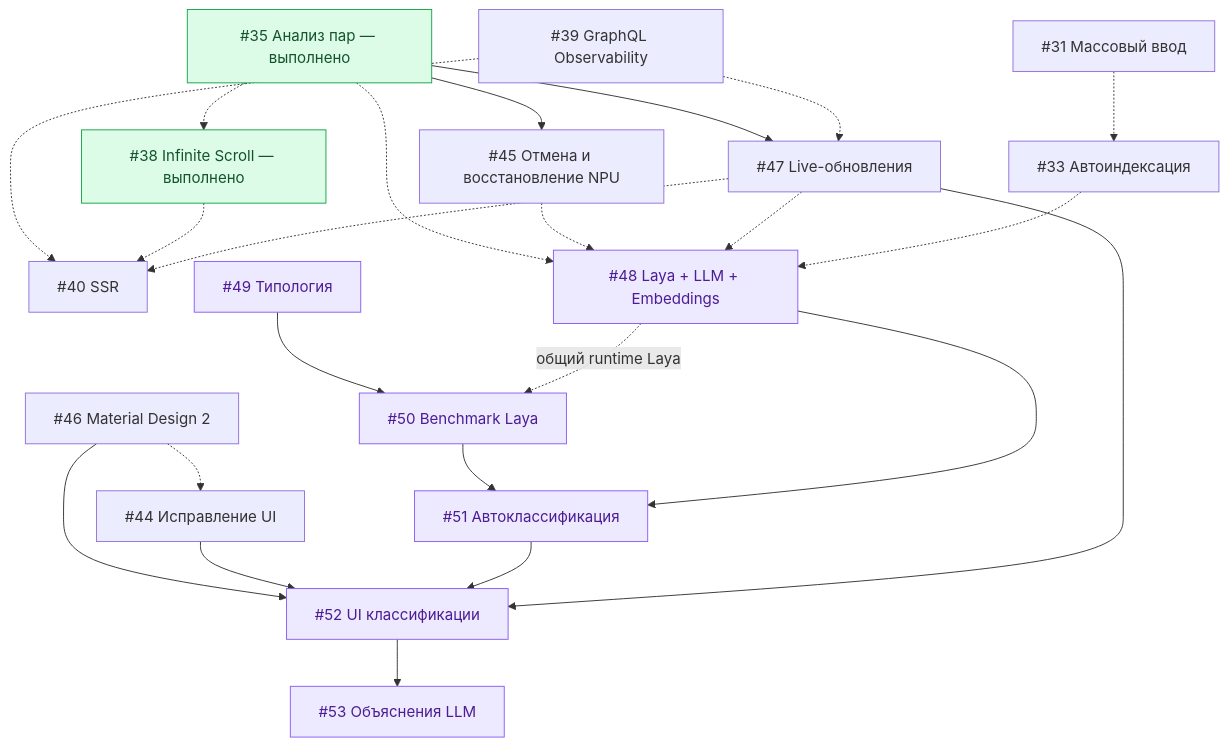
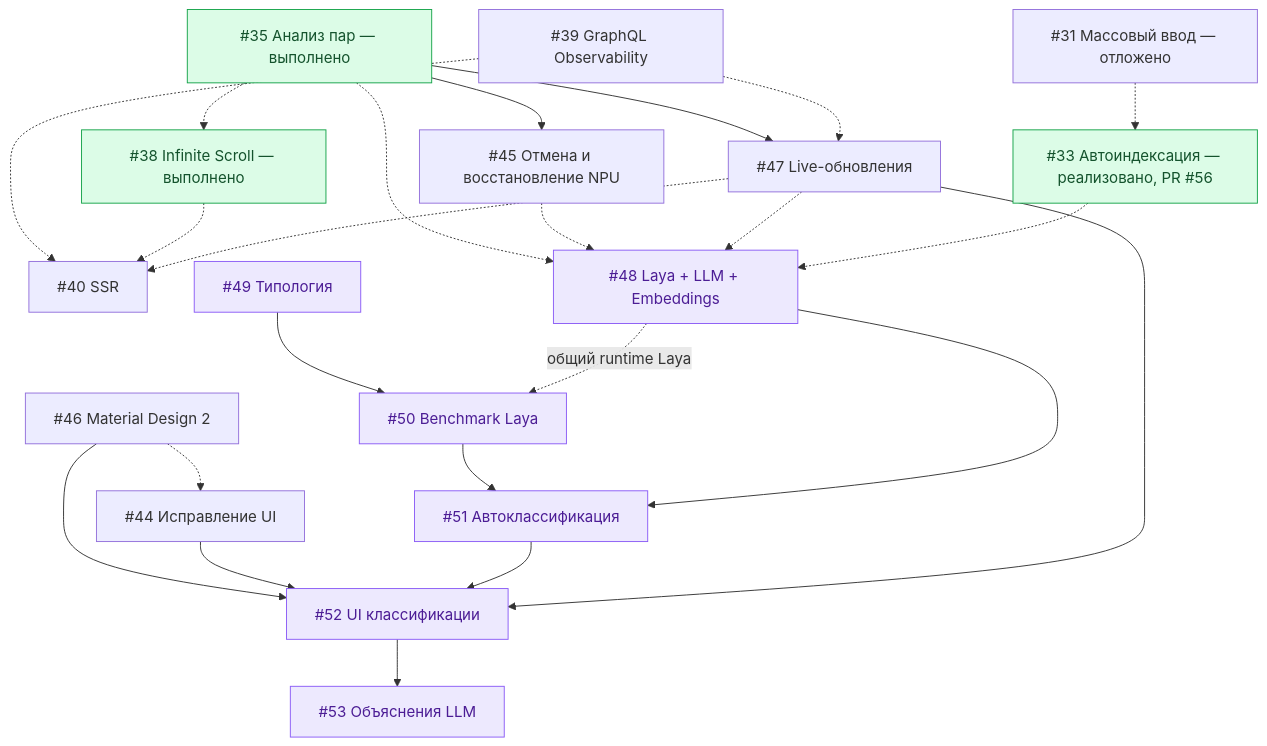
Before and after one commit to VolkovDani/project-creator: the diagram in GOAL.md, drawn with Mermaid. The commit also changed other lines of this file, not shown here.

````diff
--- a/GOAL.md
+++ b/GOAL.md
@@ -181,37 +188,37 @@
 ```mermaid
 flowchart TD
     A["#35 Анализ пар — выполнено"]
     A --> B["#45 Отмена и восстановление NPU"]
     A --> D["#47 Live-обновления"]
     A -.-> G["#38 Infinite Scroll — выполнено"]
 
     C["#39 GraphQL Observability"] -.-> D
     C -.-> H["#40 SSR"]
     G -.-> H
     D -.-> H
 
-    E["#31 Массовый ввод"] -.-> F["#33 Автоиндексация"]
+    E["#31 Массовый ввод — отложено"] -.-> F["#33 Автоиндексация — реализовано, PR #56"]
 
     A -.-> I["#48 Laya + LLM + Embeddings"]
     B -.-> I
     D -.-> I
     F -.-> I
 
     J["#49 Типология"] --> K["#50 Benchmark Laya"]
     I -.->|"общий runtime Laya"| K
     K --> L["#51 Автоклассификация"]
     I --> L
 
     M["#46 Material Design 2"] -.-> N["#44 Исправление UI"]
     M --> O["#52 UI классификации"]
     N --> O
     L --> O
     D --> O
 
     O --> P["#53 Объяснения LLM"]
 
     classDef main fill:#dcfce7,stroke:#16a34a,color:#14532d
     classDef ai fill:#ede9fe,stroke:#8b5cf6,color:#4c1d95
-    class A,G main
+    class A,G,F main
     class I,J,K,L,O,P ai
 ```
````
